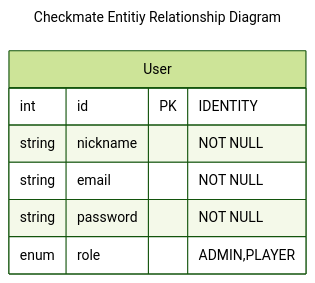
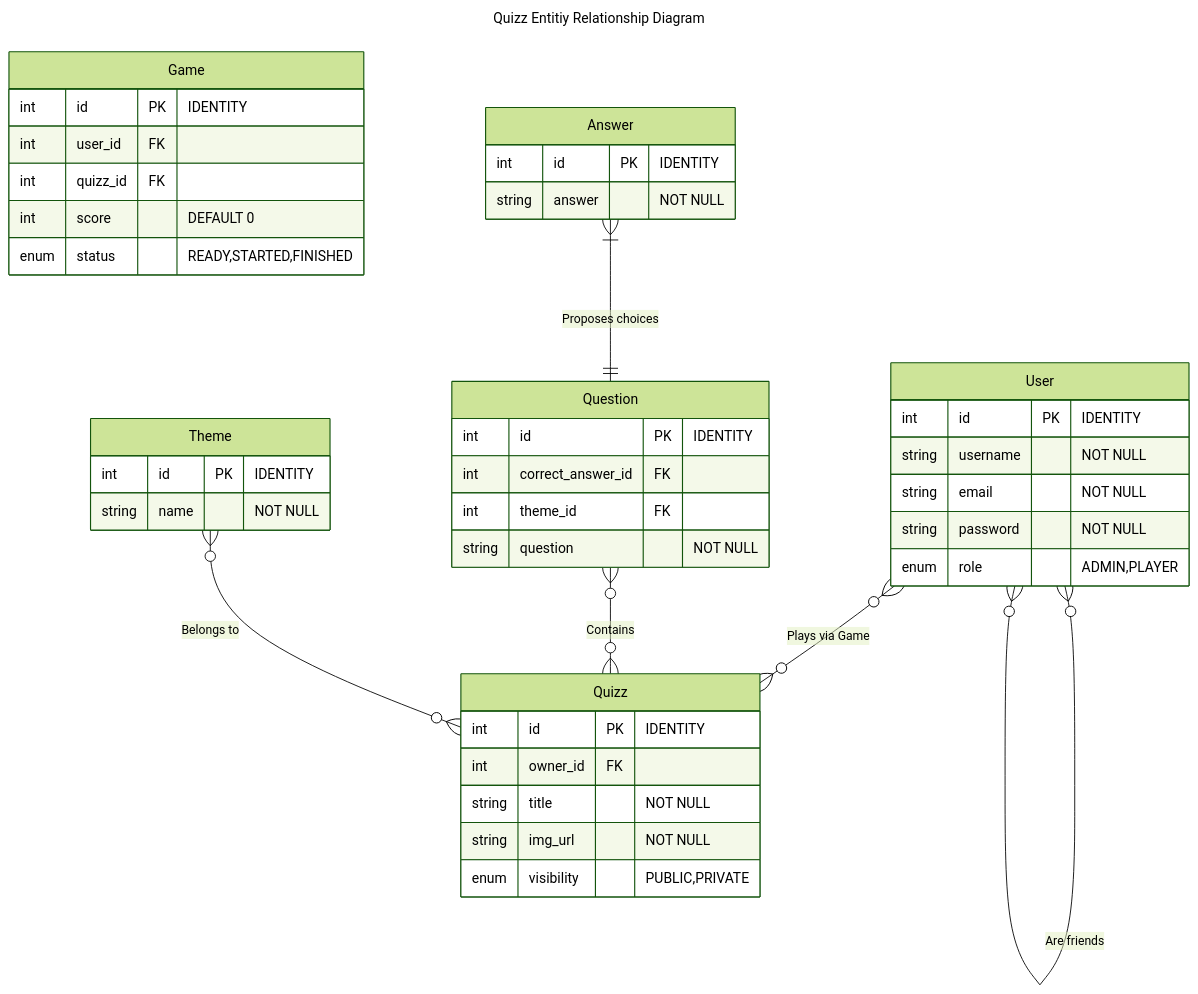
Before and after one commit to efemero-formation-fullstack/quizz: the diagram in README.md, drawn with Mermaid.

Commit message:
erm schema

````diff
--- a/README.md
+++ b/README.md
@@ -5,17 +5,57 @@
 ```mermaid
 ---
 config:
   theme: 'forest'
-title: Checkmate Entitiy Relationship Diagram
+title: Quizz Entitiy Relationship Diagram
 ---
 
 erDiagram
 	User {
 		int id PK "IDENTITY"
-		string nickname "NOT NULL"
+		string username "NOT NULL"
 		string email "NOT NULL"
 		string password "NOT NULL"
 		enum role "ADMIN,PLAYER"
 	}
-	
+
+    Quizz {
+		int id PK "IDENTITY"
+        int owner_id FK
+        string title "NOT NULL"
+        string img_url "NOT NULL"
+        enum visibility "PUBLIC,PRIVATE"
+    }
+
+
+    Game {
+		int id PK "IDENTITY"
+        int user_id FK
+        int quizz_id FK
+        int score "DEFAULT 0"
+        enum status "READY,STARTED,FINISHED"
+        
+    }
+
+    Question {
+		int id PK "IDENTITY"
+        int correct_answer_id FK
+        int theme_id FK
+        string question "NOT NULL"
+    }
+
+    Answer {
+		int id PK "IDENTITY"
+        string answer "NOT NULL"
+    }
+
+    Theme {
+		int id PK "IDENTITY"
+        string name "NOT NULL"
+    }
+
+	User }o--o{ Quizz : "Plays via Game"
+	User }o--o{ User : "Are friends"
+	Question }o--o{ Quizz : "Contains"
+	Theme }o--o{ Quizz : "Belongs to"
+	Answer }|--|| Question : "Proposes choices"
 ```
````
